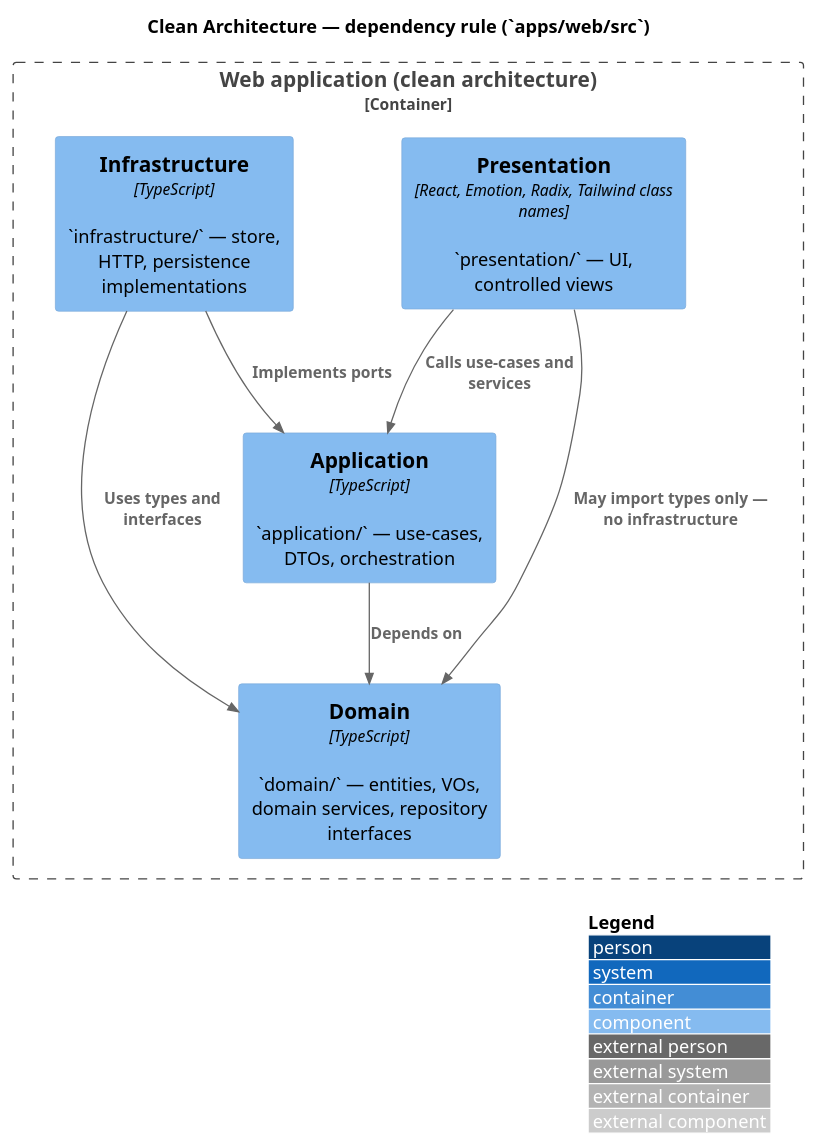
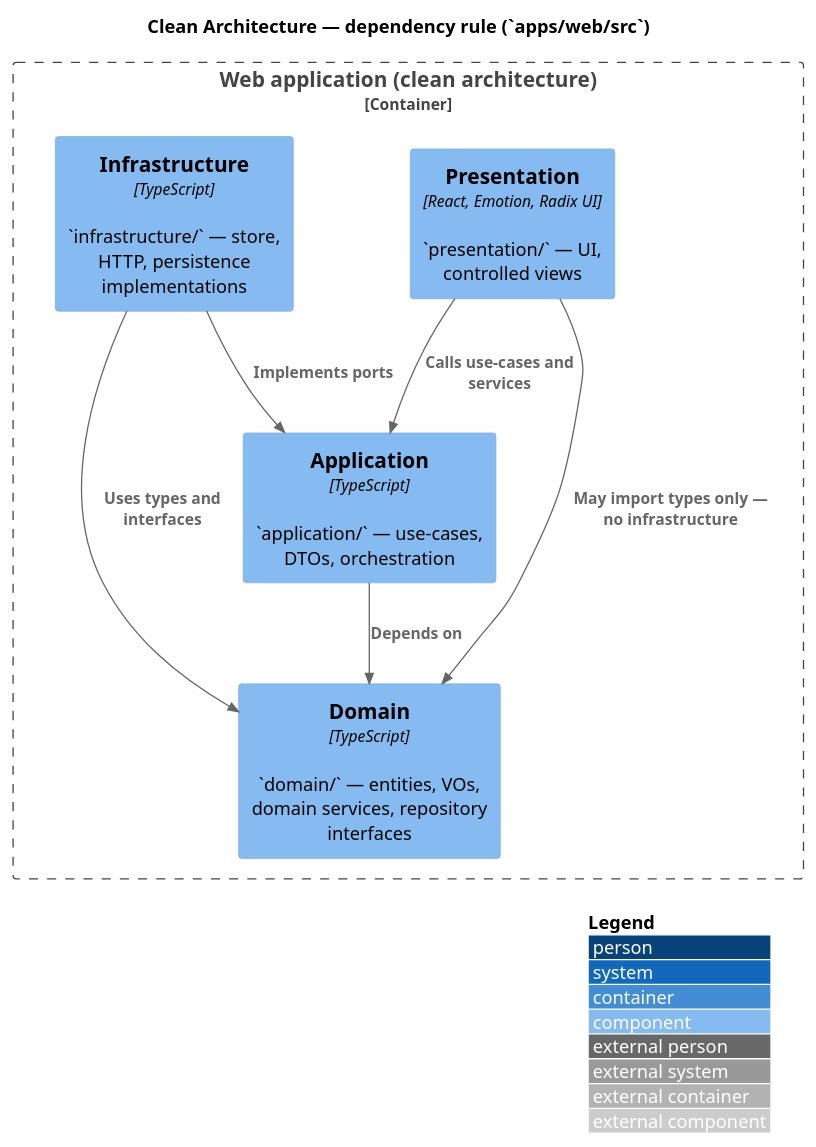
One commit to felixzhu97/low-code-platform changed the diagram in docs/en/architecture/c4/c4-clean-architecture.puml. Above: the diagram before and after it, drawn with PlantUML. The commit also changed 69 other files, not shown here.

First line of the commit message:
refactor: enhance UI components, data binding, and architecture docs

```diff
--- a/docs/en/architecture/c4/c4-clean-architecture.puml
+++ b/docs/en/architecture/c4/c4-clean-architecture.puml
@@ -1,21 +1,21 @@
 @startuml c4-clean-architecture-felix-low-code
 !include https://raw.githubusercontent.com/plantuml-stdlib/C4-PlantUML/master/C4_Component.puml
 
 LAYOUT_WITH_LEGEND()
 
 title Clean Architecture — dependency rule (`apps/web/src`)
 
 Container_Boundary(web, "Web application (clean architecture)") {
-    Component(presentation, "Presentation", "React, Emotion, Radix, Tailwind class names", "`presentation/` — UI, controlled views")
+    Component(presentation, "Presentation", "React, Emotion, Radix UI", "`presentation/` — UI, controlled views")
     Component(application, "Application", "TypeScript", "`application/` — use-cases, DTOs, orchestration")
     Component(domain, "Domain", "TypeScript", "`domain/` — entities, VOs, domain services, repository interfaces")
     Component(infrastructure, "Infrastructure", "TypeScript", "`infrastructure/` — store, HTTP, persistence implementations")
 }
 
 Rel(presentation, application, "Calls use-cases and services")
 Rel(application, domain, "Depends on")
 Rel(infrastructure, application, "Implements ports")
 Rel(infrastructure, domain, "Uses types and interfaces")
 Rel(presentation, domain, "May import types only — no infrastructure")
 
 @enduml
```
